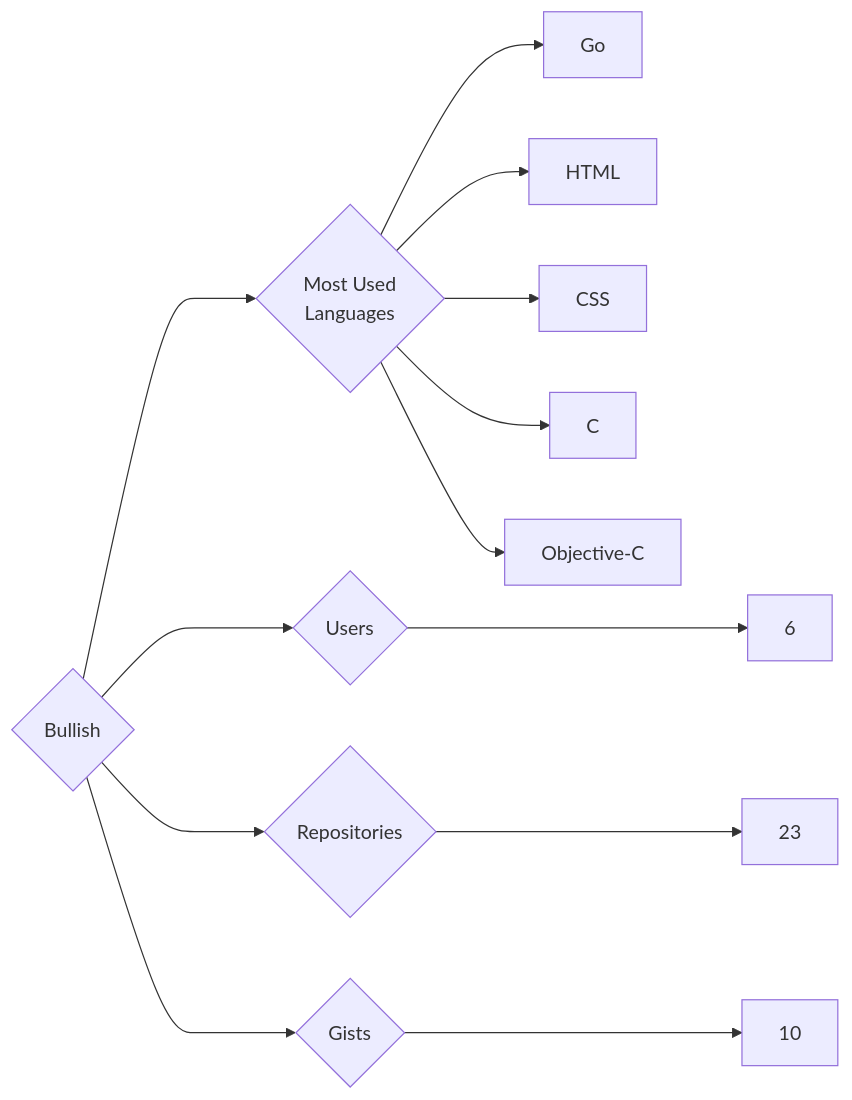
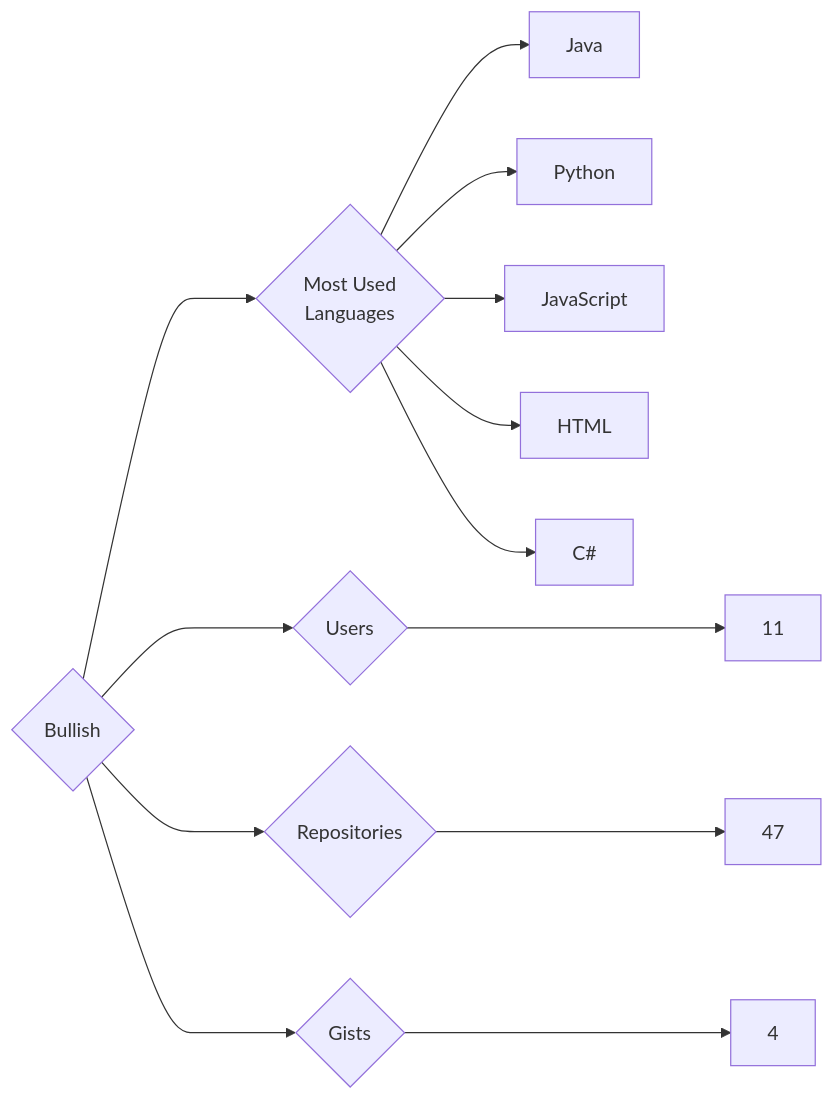
The diagram in targets/Bullish/README.md (trickest/insiders), drawn with Mermaid before and after one commit. The commit also changed 872 other files, not shown here.

````diff
--- a/targets/Bullish/README.md
+++ b/targets/Bullish/README.md
@@ -3,13 +3,13 @@
 ```mermaid
 graph LR
 COMPANY_NAME{Bullish}
-COMPANY_NAME ---> U{Users} ---> UN[6]
-COMPANY_NAME ---> R{Repositories} ---> RN[23]
-COMPANY_NAME ---> G{Gists} ---> GN[10]
+COMPANY_NAME ---> U{Users} ---> UN[11]
+COMPANY_NAME ---> R{Repositories} ---> RN[47]
+COMPANY_NAME ---> G{Gists} ---> GN[4]
 COMPANY_NAME ---> ML{Most Used<br>Languages}
-ML --> Go[Go]
+ML --> Java[Java]
+ML --> Python[Python]
+ML --> JavaScript[JavaScript]
 ML --> HTML[HTML]
-ML --> CSS[CSS]
-ML --> C[C]
-ML --> Objective-C[Objective-C]
+ML --> C#[C#]
 ```
````
